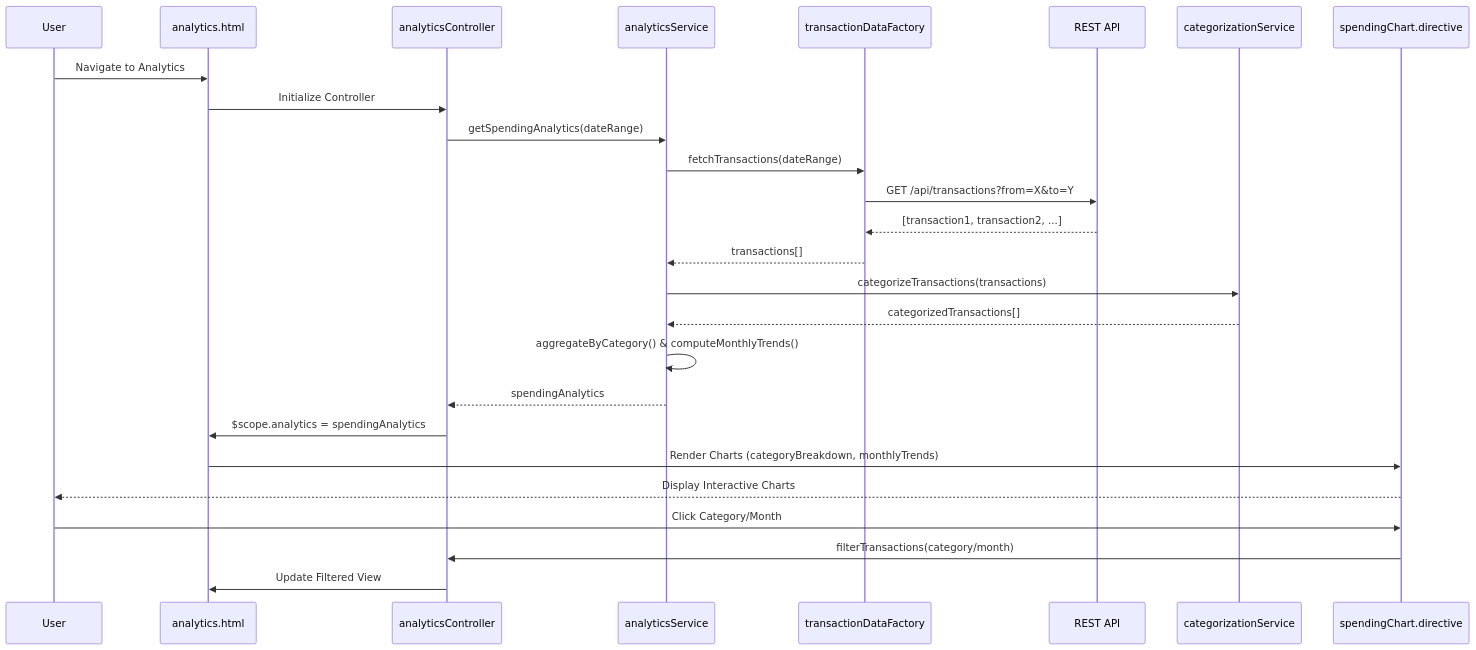
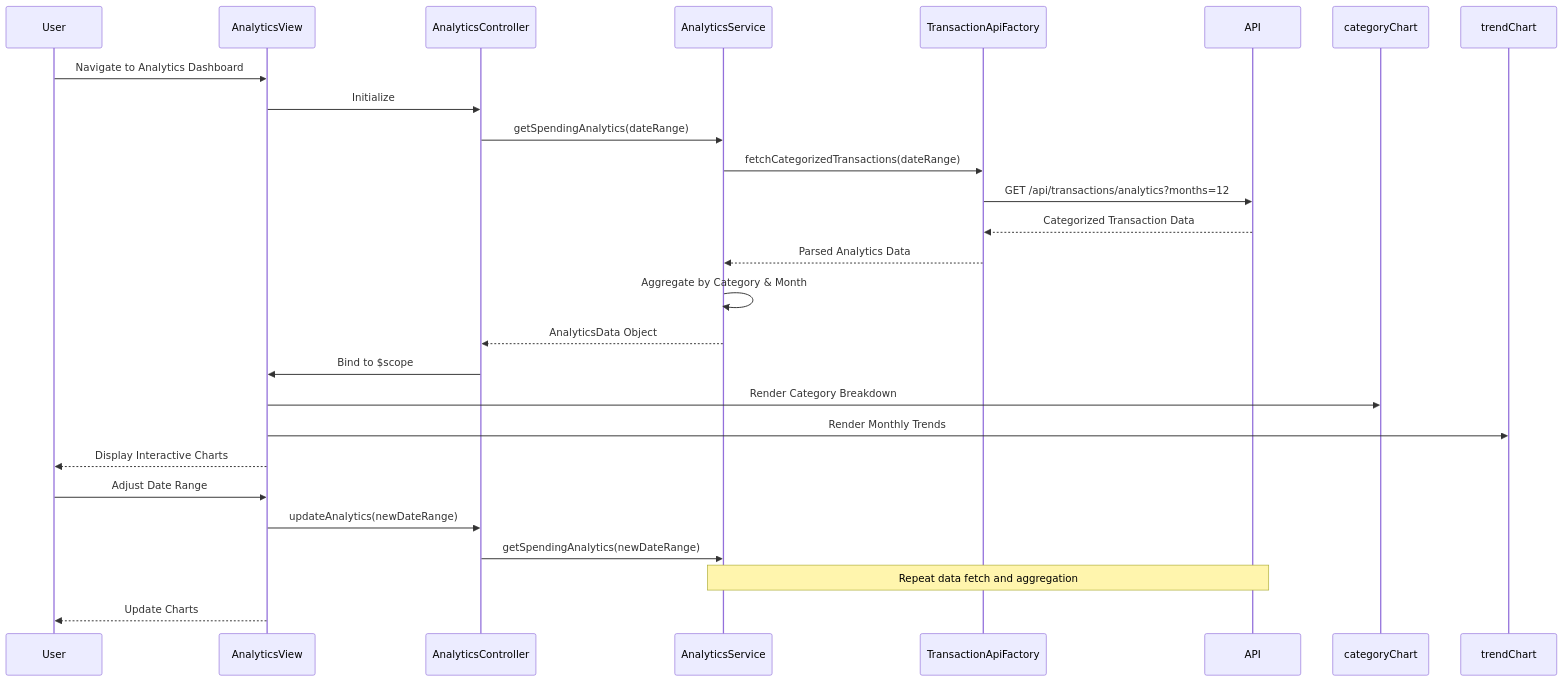
Before and after one commit to Davamani-git/APB_Demo: the diagram in LLD/QE-4630_LLD.md, drawn with Mermaid. The commit also changed other lines of this file and 2 other files, not shown here.

````diff
--- a/LLD/QE-4630_LLD.md
+++ b/LLD/QE-4630_LLD.md
@@ -101,29 +86,28 @@
 ```mermaid
 sequenceDiagram
     participant User
-    participant View as analytics.html
-    participant Ctrl as analyticsController
-    participant AS as analyticsService
-    participant Factory as transactionDataFactory
-    participant API as REST API
-    participant CS as categorizationService
-    participant Chart as spendingChart.directive
+    participant AnalyticsView
+    participant AnalyticsController
+    participant AnalyticsService
+    participant TransactionApiFactory
+    participant API
 
-    User->>View: Navigate to Analytics
-    View->>Ctrl: Initialize Controller
-    Ctrl->>AS: getSpendingAnalytics(dateRange)
-    AS->>Factory: fetchTransactions(dateRange)
-    Factory->>API: GET /api/transactions?from=X&to=Y
-    API-->>Factory: [transaction1, transaction2, ...]
-    Factory-->>AS: transactions[]
-    AS->>CS: categorizeTransactions(transactions)
-    CS-->>AS: categorizedTransactions[]
-    AS->>AS: aggregateByCategory() & computeMonthlyTrends()
-    AS-->>Ctrl: spendingAnalytics
-    Ctrl->>View: $scope.analytics = spendingAnalytics
-    View->>Chart: Render Charts (categoryBreakdown, monthlyTrends)
-    Chart-->>User: Display Interactive Charts
-    User->>Chart: Click Category/Month
-    Chart->>Ctrl: filterTransactions(category/month)
-    Ctrl->>View: Update Filtered View
+    User->>AnalyticsView: Navigate to Analytics Dashboard
+    AnalyticsView->>AnalyticsController: Initialize
+    AnalyticsController->>AnalyticsService: getSpendingAnalytics(dateRange)
+    AnalyticsService->>TransactionApiFactory: fetchCategorizedTransactions(dateRange)
+    TransactionApiFactory->>API: GET /api/transactions/analytics?months=12
+    API-->>TransactionApiFactory: Categorized Transaction Data
+    TransactionApiFactory-->>AnalyticsService: Parsed Analytics Data
+    AnalyticsService->>AnalyticsService: Aggregate by Category & Month
+    AnalyticsService-->>AnalyticsController: AnalyticsData Object
+    AnalyticsController->>AnalyticsView: Bind to $scope
+    AnalyticsView->>categoryChart: Render Category Breakdown
+    AnalyticsView->>trendChart: Render Monthly Trends
+    AnalyticsView-->>User: Display Interactive Charts
+    User->>AnalyticsView: Adjust Date Range
+    AnalyticsView->>AnalyticsController: updateAnalytics(newDateRange)
+    AnalyticsController->>AnalyticsService: getSpendingAnalytics(newDateRange)
+    Note over AnalyticsService,API: Repeat data fetch and aggregation
+    AnalyticsView-->>User: Update Charts
 ```
````
